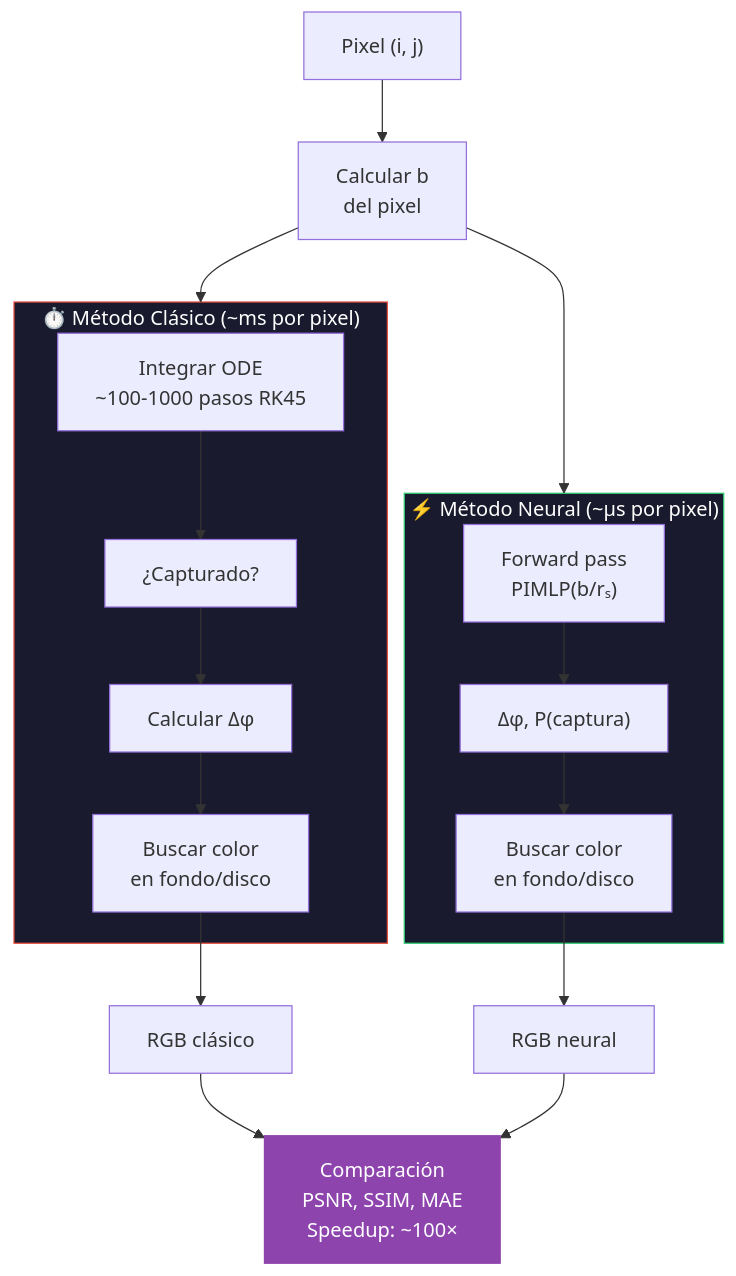
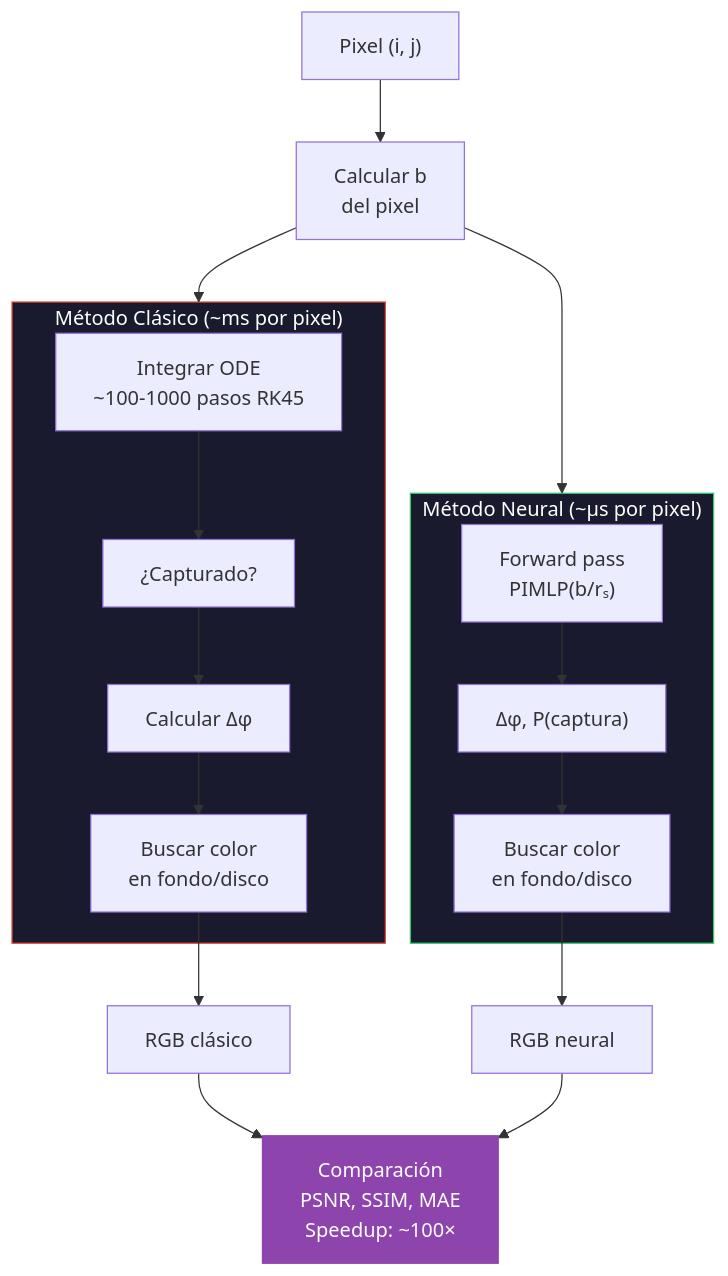
The fifth of 7 diagrams in docs/arquitectura.md (mmmaxii/neural-geodesics), drawn with Mermaid before and after one commit. The commit also changed other lines of this file and 1 other file, not shown here.

````diff
--- a/docs/arquitectura.md
+++ b/docs/arquitectura.md
@@ -160,32 +160,32 @@
 ```mermaid
 graph TD
     PIXEL["Pixel (i, j)"] --> IMPACT["Calcular b<br/>del pixel"]
 
     IMPACT --> CLASSICAL_PATH
     IMPACT --> NEURAL_PATH
 
-    subgraph CLASSICAL_PATH["⏱️ Método Clásico (~ms por pixel)"]
+    subgraph CLASSICAL_PATH["Método Clásico (~ms por pixel)"]
         C1["Integrar ODE<br/>~100-1000 pasos RK45"]
         C2["¿Capturado?"]
         C3["Calcular Δφ"]
         C4["Buscar color<br/>en fondo/disco"]
         C1 --> C2 --> C3 --> C4
     end
 
-    subgraph NEURAL_PATH["⚡ Método Neural (~μs por pixel)"]
+    subgraph NEURAL_PATH["Método Neural (~μs por pixel)"]
         N1["Forward pass<br/>PIMLP(b/rₛ)"]
         N2["Δφ, P(captura)"]
         N3["Buscar color<br/>en fondo/disco"]
         N1 --> N2 --> N3
     end
 
     C4 --> RGB1["RGB clásico"]
     N3 --> RGB2["RGB neural"]
 
     RGB1 --> COMPARE["Comparación<br/>PSNR, SSIM, MAE<br/>Speedup: ~100×"]
     RGB2 --> COMPARE
 
     style CLASSICAL_PATH fill:#1a1a2e,stroke:#e74c3c,color:#fff
     style NEURAL_PATH fill:#1a1a2e,stroke:#2ecc71,color:#fff
     style COMPARE fill:#8e44ad,stroke:#8e44ad,color:#fff
 ```
````
